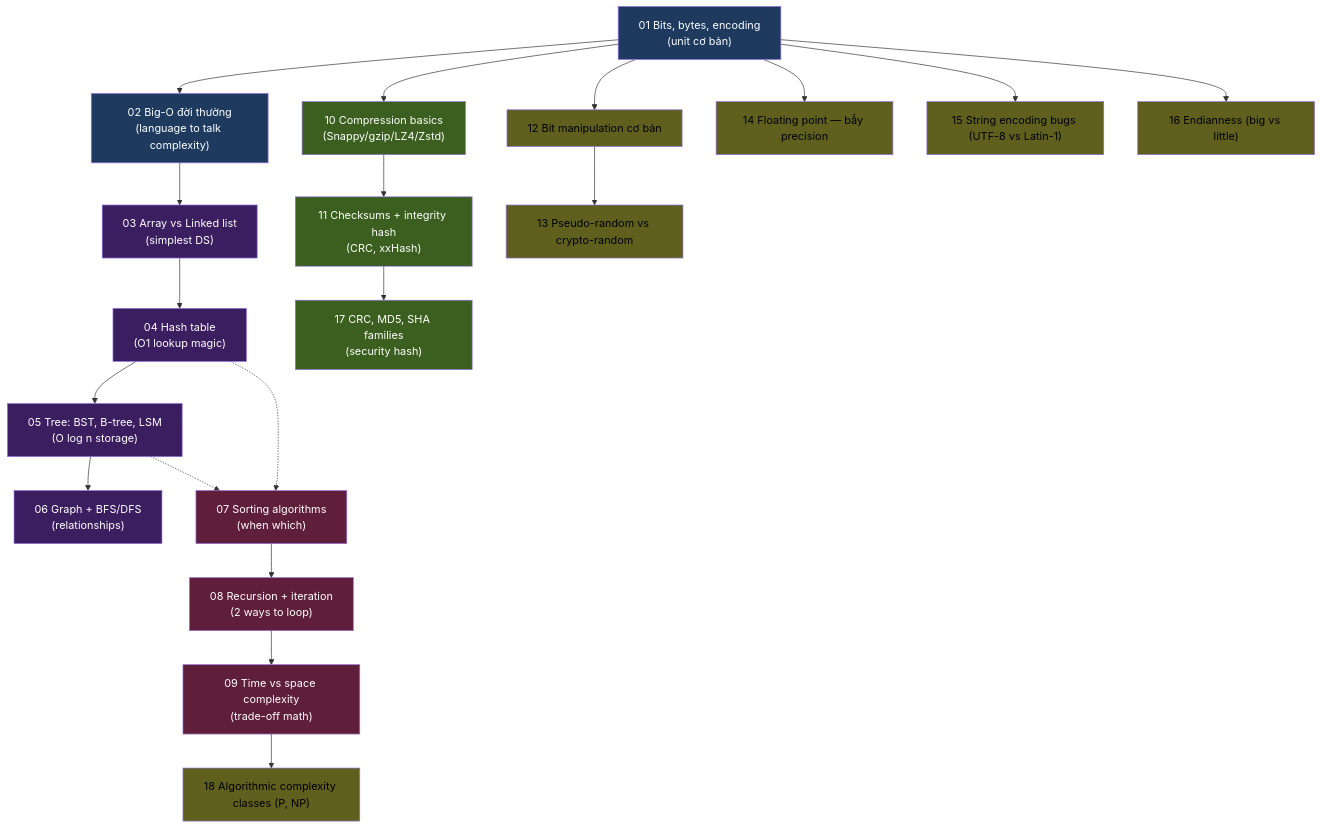
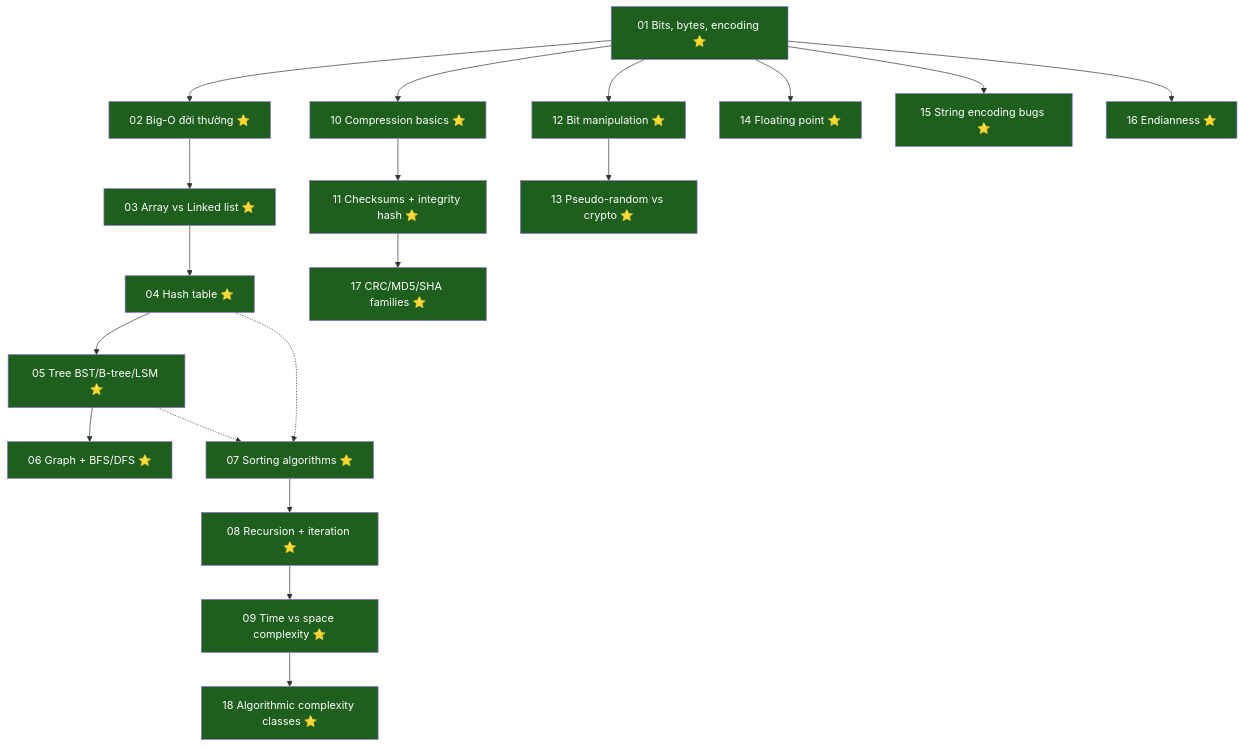
Before and after one commit to ankinguyen-engineer-2002/realtime-data-ai-platform-digital-twin: the diagram in learning/year-1-foundations/semester-1-engineering-core/F01-cs-fundamentals/README.md, drawn with Mermaid. The commit also changed other lines of this file and 3 other files, not shown here.

````diff
--- a/learning/year-1-foundations/semester-1-engineering-core/F01-cs-fundamentals/README.md
+++ b/learning/year-1-foundations/semester-1-engineering-core/F01-cs-fundamentals/README.md
@@ -28,45 +31,35 @@
 ```mermaid
 flowchart TD
-    classDef base fill:#1e3a5f,color:#fff
-    classDef ds fill:#3a1e5f,color:#fff
-    classDef algo fill:#5f1e3a,color:#fff
-    classDef enc fill:#3a5f1e,color:#fff
-    classDef adv fill:#5f5f1e,color:#000
+    classDef done fill:#1e5f1e,color:#fff
 
-    K01["01 Bits, bytes, encoding<br/>(unit cơ bản)"]:::base
-    K02["02 Big-O đời thường<br/>(language to talk complexity)"]:::base
+    K01["01 Bits, bytes, encoding ⭐"]:::done
+    K02["02 Big-O đời thường ⭐"]:::done
+    K03["03 Array vs Linked list ⭐"]:::done
+    K04["04 Hash table ⭐"]:::done
+    K05["05 Tree BST/B-tree/LSM ⭐"]:::done
+    K06["06 Graph + BFS/DFS ⭐"]:::done
+    K07["07 Sorting algorithms ⭐"]:::done
+    K08["08 Recursion + iteration ⭐"]:::done
+    K09["09 Time vs space complexity ⭐"]:::done
+    K10["10 Compression basics ⭐"]:::done
+    K11["11 Checksums + integrity hash ⭐"]:::done
+    K12["12 Bit manipulation ⭐"]:::done
+    K13["13 Pseudo-random vs crypto ⭐"]:::done
+    K14["14 Floating point ⭐"]:::done
+    K15["15 String encoding bugs ⭐"]:::done
+    K16["16 Endianness ⭐"]:::done
+    K17["17 CRC/MD5/SHA families ⭐"]:::done
+    K18["18 Algorithmic complexity classes ⭐"]:::done
 
-    K03["03 Array vs Linked list<br/>(simplest DS)"]:::ds
-    K04["04 Hash table<br/>(O1 lookup magic)"]:::ds
-    K05["05 Tree: BST, B-tree, LSM<br/>(O log n storage)"]:::ds
-    K06["06 Graph + BFS/DFS<br/>(relationships)"]:::ds
-
-    K07["07 Sorting algorithms<br/>(when which)"]:::algo
-    K08["08 Recursion + iteration<br/>(2 ways to loop)"]:::algo
-    K09["09 Time vs space complexity<br/>(trade-off math)"]:::algo
-
-    K10["10 Compression basics<br/>(Snappy/gzip/LZ4/Zstd)"]:::enc
-    K11["11 Checksums + integrity hash<br/>(CRC, xxHash)"]:::enc
-    K17["17 CRC, MD5, SHA families<br/>(security hash)"]:::enc
-
-    K12["12 Bit manipulation cơ bản"]:::adv
-    K13["13 Pseudo-random vs crypto-random"]:::adv
-    K14["14 Floating point — bẫy precision"]:::adv
-    K15["15 String encoding bugs (UTF-8 vs Latin-1)"]:::adv
-    K16["16 Endianness (big vs little)"]:::adv
-    K18["18 Algorithmic complexity classes (P, NP)"]:::adv
-
-    K01 --> K02 --> K03
-    K03 --> K04 --> K05 --> K06
+    K01 --> K02
+    K02 --> K03 --> K04 --> K05 --> K06
     K04 -.-> K07
     K05 -.-> K07
     K07 --> K08 --> K09
-    K01 --> K10
-    K10 --> K11 --> K17
-    K01 --> K12
-    K12 --> K13
+    K01 --> K10 --> K11 --> K17
+    K01 --> K12 --> K13
     K01 --> K14
     K01 --> K15
     K01 --> K16
     K09 --> K18
 ```
````
